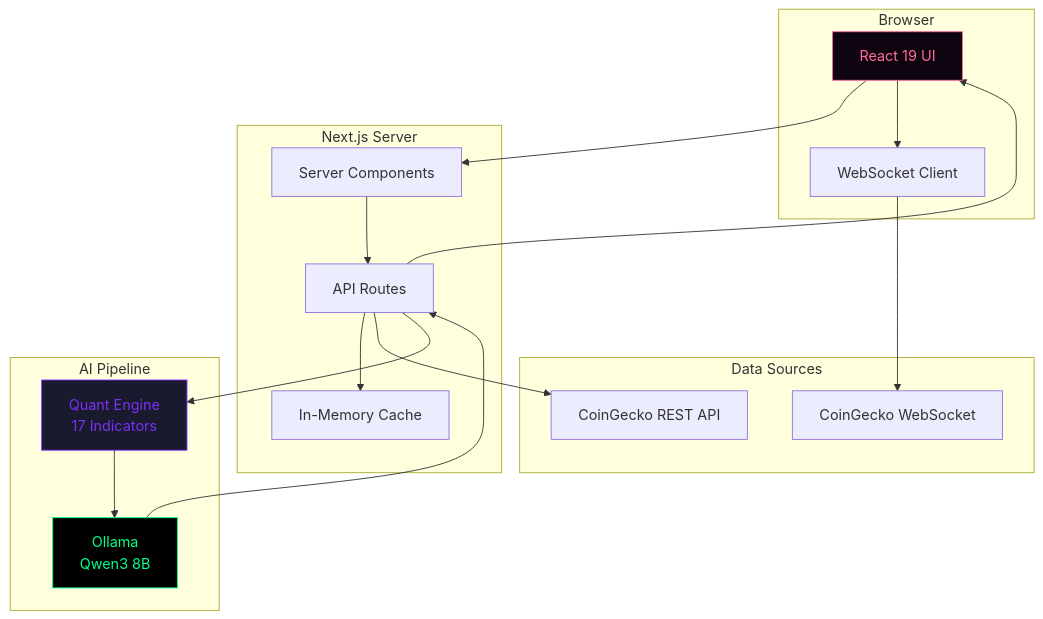
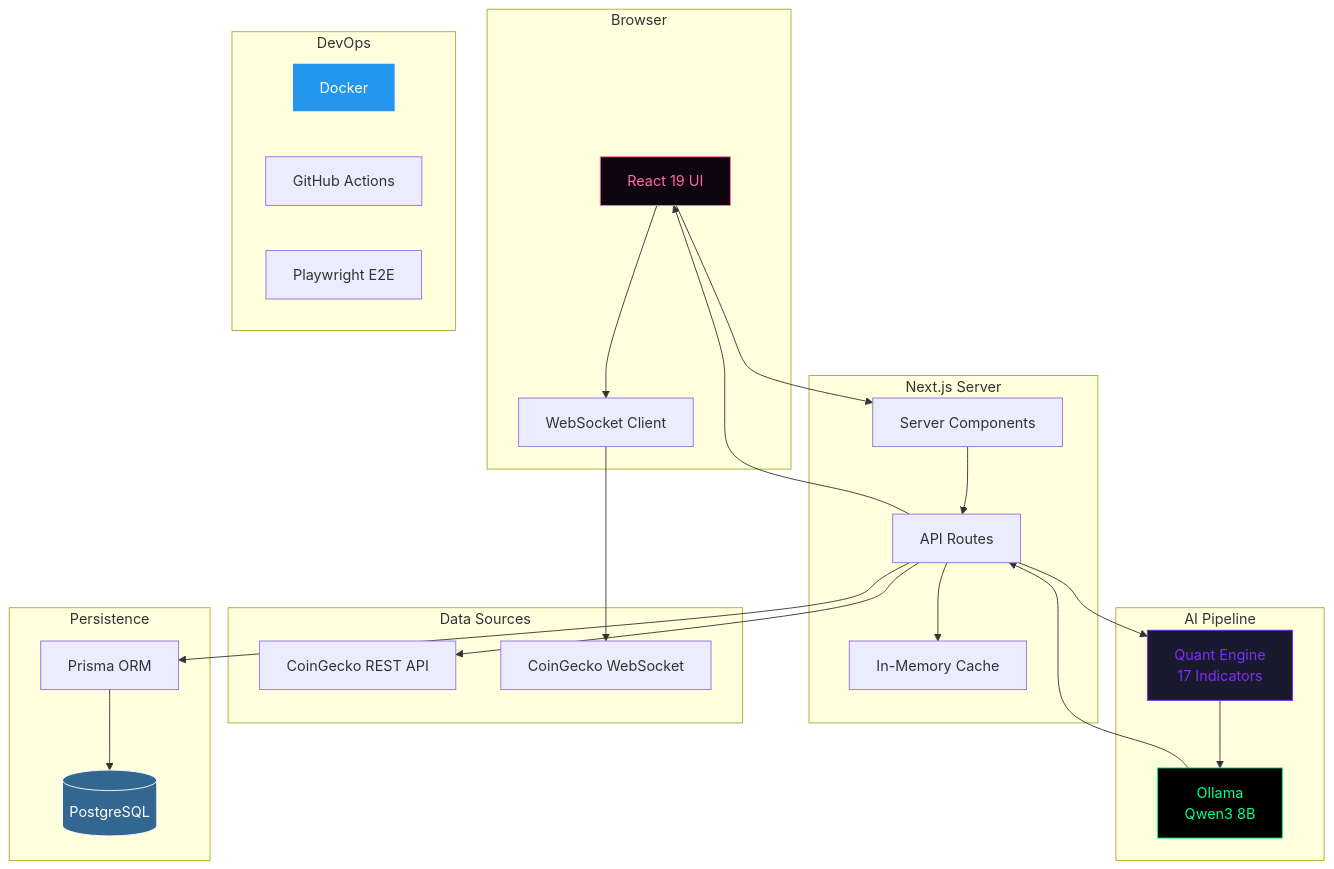
Before and after one commit to Script-Kitty01/CryptoTrade: the first of 2 diagrams in README.md, drawn with Mermaid. The commit also changed other lines of this file and 136 other files, not shown here.

````diff
--- a/README.md
+++ b/README.md
@@ -73,38 +107,53 @@
 ```mermaid
 graph TB
     subgraph "Browser"
         UI[React 19 UI]
         WS[WebSocket Client]
     end
 
     subgraph "Next.js Server"
         SSR[Server Components]
         API[API Routes]
         CACHE[In-Memory Cache]
     end
 
     subgraph "Data Sources"
         CG[CoinGecko REST API]
         CGWS[CoinGecko WebSocket]
     end
 
     subgraph "AI Pipeline"
         QUANT[Quant Engine<br/>17 Indicators]
         LLM[Ollama<br/>Qwen3 8B]
     end
 
+    subgraph "Persistence"
+        DB[(PostgreSQL)]
+        PRISMA[Prisma ORM]
+    end
+
+    subgraph "DevOps"
+        DOCKER[Docker]
+        CI[GitHub Actions]
+        E2E[Playwright E2E]
+    end
+
     UI --> SSR
     UI --> WS
     SSR --> API
     API --> CACHE
     API --> CG
     WS --> CGWS
     API --> QUANT
     QUANT --> LLM
     LLM --> API
+    API --> PRISMA
+    PRISMA --> DB
     API --> UI
 
     style LLM fill:#000,stroke:#00ff88,color:#00ff88
     style QUANT fill:#1a1a2e,stroke:#7b2ff7,color:#7b2ff7
     style UI fill:#0f0510,stroke:#ff6b9d,color:#ff6b9d
+    style DB fill:#336791,stroke:#fff,color:#fff
+    style DOCKER fill:#2496ED,stroke:#fff,color:#fff
 ```
````
